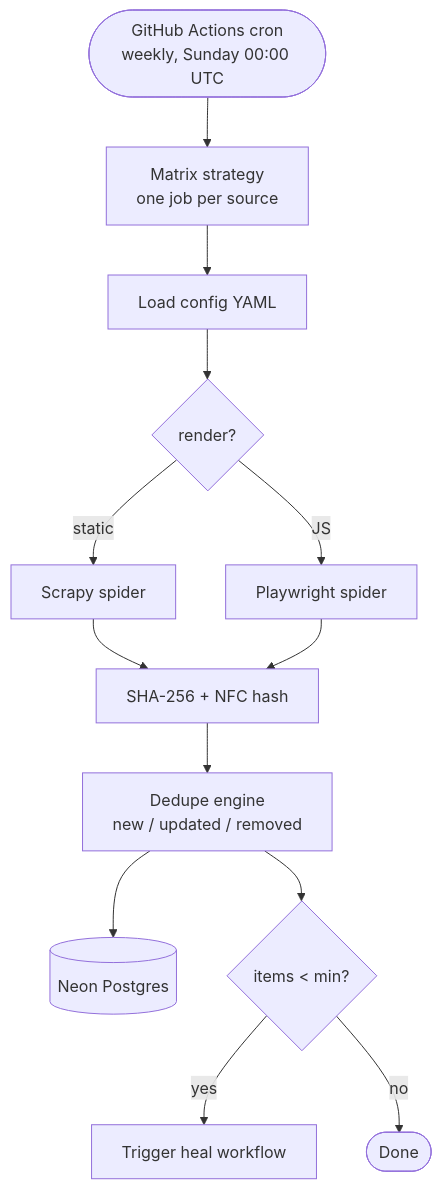
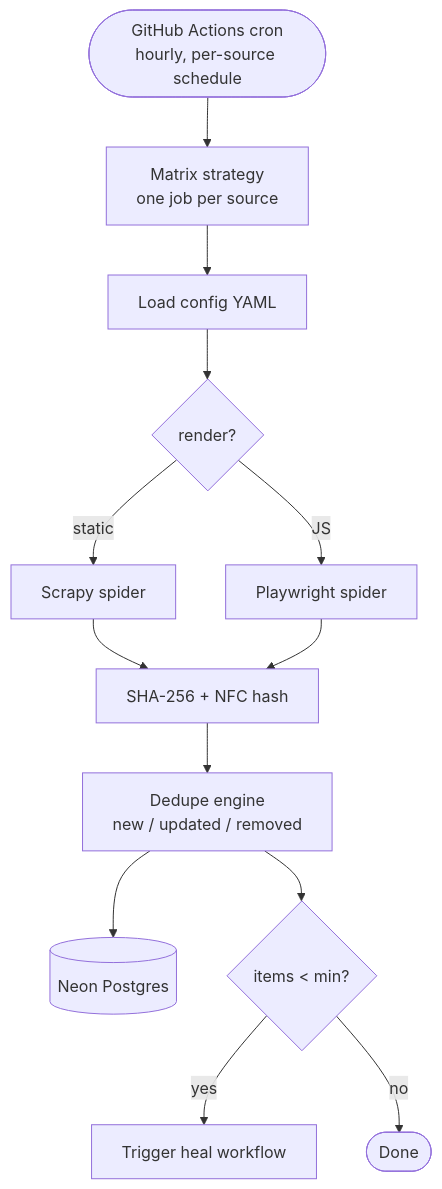
Before and after one commit to Abdul-Muizz1310/magpie-backend: the second of 4 diagrams in README.md, drawn with Mermaid. The commit also changed other lines of this file and 1 other file, not shown here.

````diff
--- a/README.md
+++ b/README.md
@@ -100,15 +101,15 @@
 ```mermaid
 flowchart TD
-    Cron([GitHub Actions cron<br/>weekly, Sunday 00:00 UTC]) --> Matrix[Matrix strategy<br/>one job per source]
+    Cron([GitHub Actions cron<br/>hourly, per-source schedule]) --> Matrix[Matrix strategy<br/>one job per source]
     Matrix --> Load[Load config YAML]
     Load --> Factory{render?}
     Factory -- "static" --> Scrapy[Scrapy spider]
     Factory -- "JS" --> PW[Playwright spider]
     Scrapy --> Hash[SHA-256 + NFC hash]
     PW --> Hash
     Hash --> Dedupe[Dedupe engine<br/>new / updated / removed]
     Dedupe --> DB[(Neon Postgres)]
     Dedupe --> Check{items < min?}
     Check -- "yes" --> Heal[Trigger heal workflow]
     Check -- "no" --> Done([Done])
 ```
````
